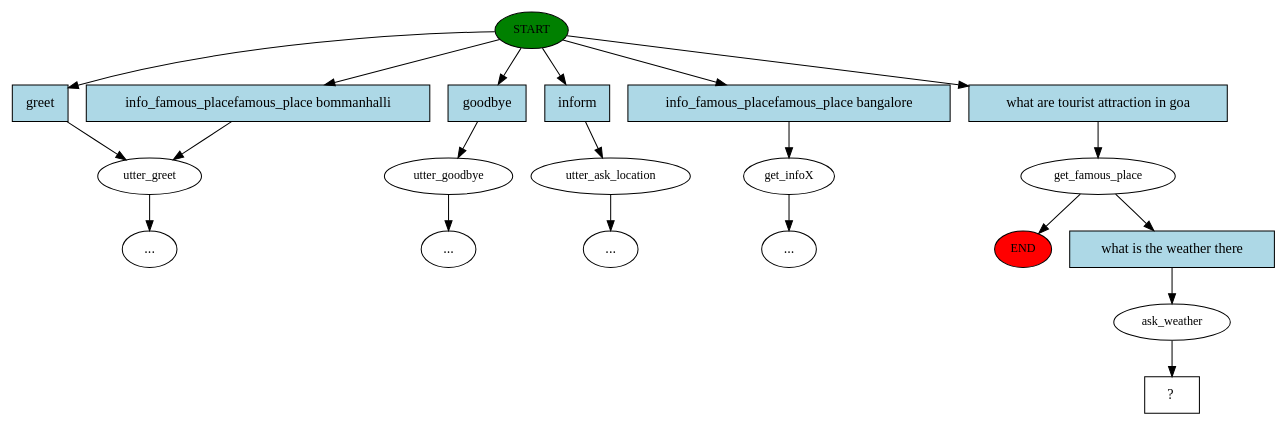
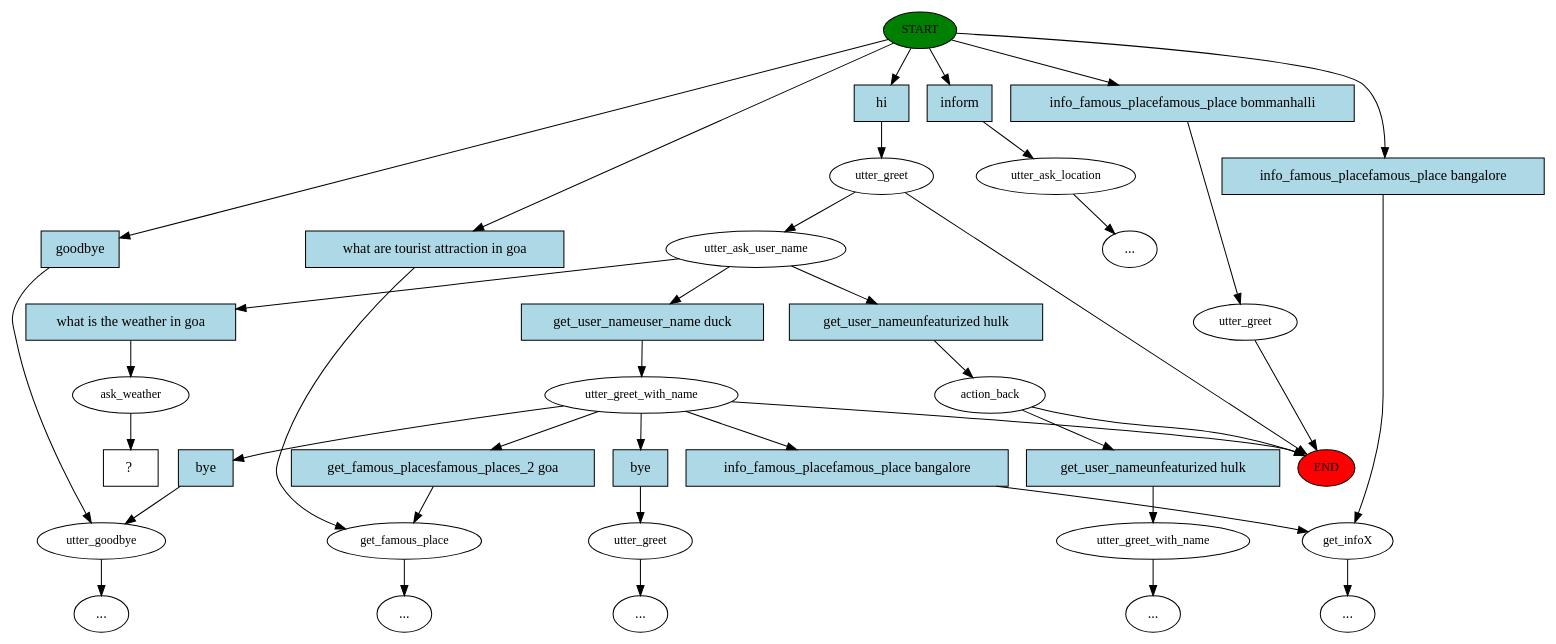
The diagram in workingCode_updated_version/story_graph.dot (CYPHR2/Travel_Chat_Bot), drawn with Graphviz before and after one commit. The commit also changed 9 other files, not shown here.

```diff
--- a/workingCode_updated_version/story_graph.dot
+++ b/workingCode_updated_version/story_graph.dot
@@ -1,42 +1,77 @@
 digraph  {
 0 [class="start active", fillcolor=green, fontsize=12, label=START, style=filled];
 "-1" [class=end, fillcolor=red, fontsize=12, label=END, style=filled];
-1 [class="", fontsize=12, label=utter_greet];
-4 [class="", fontsize=12, label=utter_goodbye];
+1 [class=active, fontsize=12, label=utter_greet];
+2 [class=active, fontsize=12, label=utter_ask_user_name];
+3 [class="", fontsize=12, label=action_back];
+8 [class="", fontsize=12, label=utter_goodbye];
+9 [class="", fontsize=12, label=utter_ask_location];
+"-4" [class=ellipsis, label="..."];
+12 [class="", fontsize=12, label=utter_greet_with_name];
+13 [class="", fontsize=12, label=utter_greet];
+"-5" [class=ellipsis, label="..."];
 "-6" [class=ellipsis, label="..."];
-5 [class="", fontsize=12, label=utter_ask_location];
+24 [class="", fontsize=12, label=utter_greet_with_name];
 "-7" [class=ellipsis, label="..."];
-14 [class="", fontsize=12, label=get_infoX];
-"-17" [class=ellipsis, label="..."];
-16 [class=active, fontsize=12, label=get_famous_place];
-"-18" [class=ellipsis, label="..."];
-19 [class=active, fontsize=12, label=ask_weather];
-20 [class="intent dashed active", label="  ?  ", shape=rect];
-21 [class=intent, fillcolor=lightblue, label=greet, shape=rect, style=filled];
-22 [class=intent, fillcolor=lightblue, label="info_famous_placefamous_place bommanhalli", shape=rect, style=filled];
-23 [class=intent, fillcolor=lightblue, label=goodbye, shape=rect, style=filled];
-24 [class=intent, fillcolor=lightblue, label=inform, shape=rect, style=filled];
-25 [class=intent, fillcolor=lightblue, label="info_famous_placefamous_place bangalore", shape=rect, style=filled];
-26 [class="intent active", fillcolor=lightblue, label="what are tourist attraction in goa", shape=rect, style=filled];
-27 [class="intent active", fillcolor=lightblue, label="what is the weather there", shape=rect, style=filled];
-0 -> 21  [class="", key=0];
-0 -> 22  [class="", key=0];
-0 -> 23  [class="", key=0];
-0 -> 24  [class="", key=0];
-0 -> 25  [class="", key=0];
-0 -> 26  [class=active, key=0];
-1 -> "-18"  [class="", key=NONE, label=""];
-4 -> "-6"  [class="", key=NONE, label=""];
-5 -> "-7"  [class="", key=NONE, label=""];
-14 -> "-17"  [class="", key=NONE, label=""];
-16 -> "-1"  [class="", key=NONE, label=""];
-16 -> 27  [class=active, key=0];
-19 -> 20  [class=active, key=NONE, label=""];
-21 -> 1  [class="", key=0];
-22 -> 1  [class="", key=0];
-23 -> 4  [class="", key=0];
-24 -> 5  [class="", key=0];
-25 -> 14  [class="", key=0];
-26 -> 16  [class=active, key=0];
-27 -> 19  [class=active, key=0];
+28 [class="", fontsize=12, label=utter_greet];
+32 [class="", fontsize=12, label=get_infoX];
+"-11" [class=ellipsis, label="..."];
+39 [class="", fontsize=12, label=get_famous_place];
+"-14" [class=ellipsis, label="..."];
+47 [class=active, fontsize=12, label=ask_weather];
+48 [class="intent dashed active", label="  ?  ", shape=rect];
+49 [class="intent active", fillcolor=lightblue, label=hi, shape=rect, style=filled];
+50 [class=intent, fillcolor=lightblue, label=goodbye, shape=rect, style=filled];
+51 [class=intent, fillcolor=lightblue, label=inform, shape=rect, style=filled];
+52 [class=intent, fillcolor=lightblue, label="info_famous_placefamous_place bommanhalli", shape=rect, style=filled];
+53 [class=intent, fillcolor=lightblue, label="what are tourist attraction in goa", shape=rect, style=filled];
+54 [class=intent, fillcolor=lightblue, label="info_famous_placefamous_place bangalore", shape=rect, style=filled];
+55 [class=intent, fillcolor=lightblue, label="get_user_nameunfeaturized hulk", shape=rect, style=filled];
+56 [class=intent, fillcolor=lightblue, label="get_user_nameuser_name duck", shape=rect, style=filled];
+57 [class="intent active", fillcolor=lightblue, label="what is the weather in goa", shape=rect, style=filled];
+58 [class=intent, fillcolor=lightblue, label="get_user_nameunfeaturized hulk", shape=rect, style=filled];
+59 [class=intent, fillcolor=lightblue, label=bye, shape=rect, style=filled];
+60 [class=intent, fillcolor=lightblue, label=bye, shape=rect, style=filled];
+61 [class=intent, fillcolor=lightblue, label="info_famous_placefamous_place bangalore", shape=rect, style=filled];
+62 [class=intent, fillcolor=lightblue, label="get_famous_placesfamous_places_2 goa", shape=rect, style=filled];
+0 -> 49  [class=active, key=0];
+0 -> 50  [class="", key=0];
+0 -> 51  [class="", key=0];
+0 -> 52  [class="", key=0];
+0 -> 53  [class="", key=0];
+0 -> 54  [class="", key=0];
+1 -> 2  [class=active, key=NONE, label=""];
+1 -> "-1"  [class="", key=NONE, label=""];
+2 -> 55  [class="", key=0];
+2 -> 56  [class="", key=0];
+2 -> 57  [class=active, key=0];
+3 -> "-1"  [class="", key=NONE, label=""];
+3 -> 58  [class="", key=0];
+8 -> "-6"  [class="", key=NONE, label=""];
+9 -> "-4"  [class="", key=NONE, label=""];
+12 -> "-1"  [class="", key=NONE, label=""];
+12 -> 59  [class="", key=0];
+12 -> 60  [class="", key=0];
+12 -> 61  [class="", key=0];
+12 -> 62  [class="", key=0];
+13 -> "-5"  [class="", key=NONE, label=""];
+24 -> "-7"  [class="", key=NONE, label=""];
+28 -> "-1"  [class="", key=NONE, label=""];
+32 -> "-11"  [class="", key=NONE, label=""];
+39 -> "-14"  [class="", key=NONE, label=""];
+47 -> 48  [class=active, key=NONE, label=""];
+49 -> 1  [class=active, key=0];
+50 -> 8  [class="", key=0];
+51 -> 9  [class="", key=0];
+52 -> 28  [class="", key=0];
+53 -> 39  [class="", key=0];
+54 -> 32  [class="", key=0];
+55 -> 3  [class="", key=0];
+56 -> 12  [class="", key=0];
+57 -> 47  [class=active, key=0];
+58 -> 24  [class="", key=0];
+59 -> 13  [class="", key=0];
+60 -> 8  [class="", key=0];
+61 -> 32  [class="", key=0];
+62 -> 39  [class="", key=0];
 }
```
